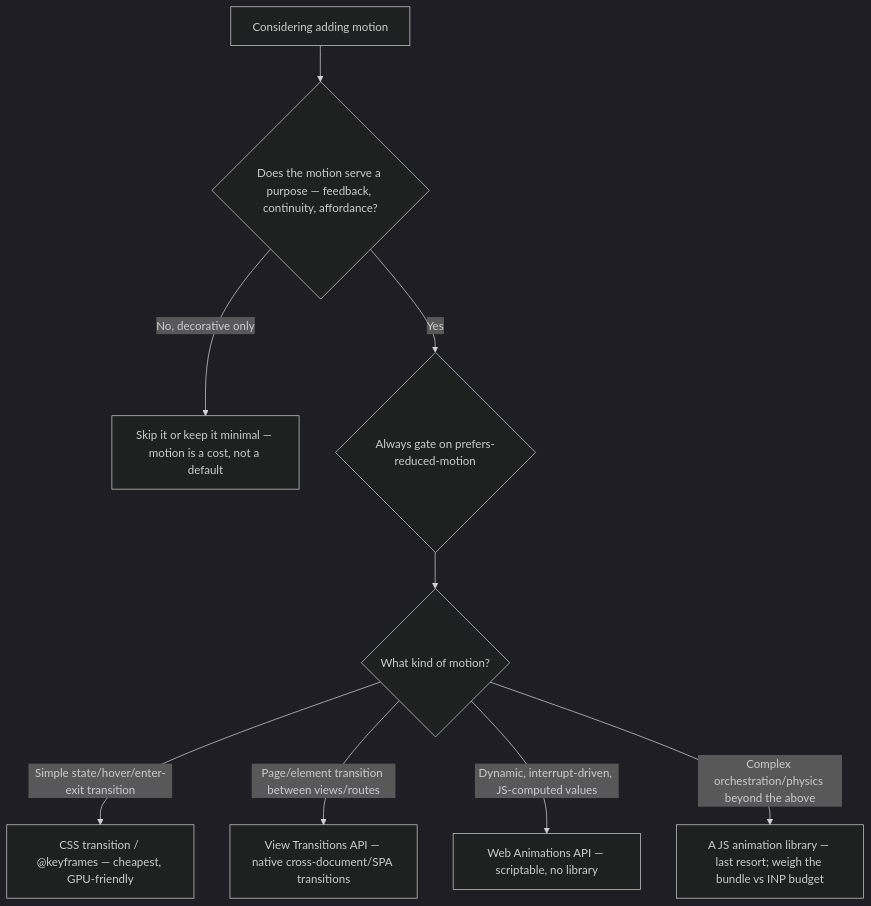
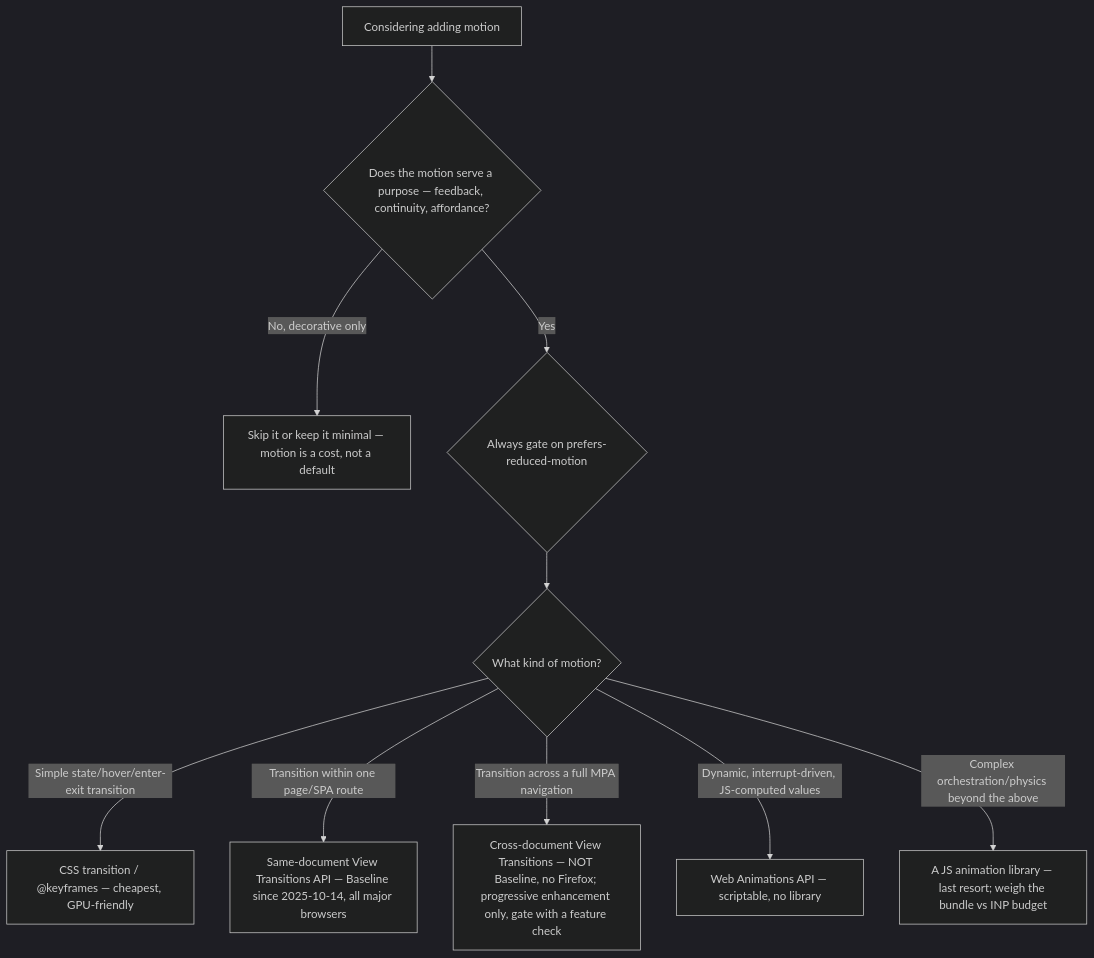
The tenth of 13 diagrams in plugins/web-design/knowledge/web-design-decision-trees.md (mcorbett51090/RavenClaude), drawn with Mermaid (dark theme) before and after one commit. The commit also changed other lines of this file and 22 other files, not shown here.

````diff
--- a/plugins/web-design/knowledge/web-design-decision-trees.md
+++ b/plugins/web-design/knowledge/web-design-decision-trees.md
@@ -343,11 +347,12 @@
 ```mermaid
 flowchart TD
     START[Considering adding motion] --> Q0{Does the motion serve a purpose — feedback, continuity, affordance?}
     Q0 -->|No, decorative only| MINIMAL[Skip it or keep it minimal — motion is a cost, not a default]
     Q0 -->|Yes| Q1{Always gate on prefers-reduced-motion}
     Q1 --> Q2{What kind of motion?}
     Q2 -->|Simple state/hover/enter-exit transition| CSS[CSS transition / @keyframes — cheapest, GPU-friendly]
-    Q2 -->|Page/element transition between views/routes| VT[View Transitions API — native cross-document/SPA transitions]
+    Q2 -->|Transition within one page/SPA route| VT_SAME[Same-document View Transitions API — Baseline since 2025-10-14, all major browsers]
+    Q2 -->|Transition across a full MPA navigation| VT_CROSS[Cross-document View Transitions — NOT Baseline, no Firefox; progressive enhancement only, gate with a feature check]
     Q2 -->|Dynamic, interrupt-driven, JS-computed values| WAAPI[Web Animations API — scriptable, no library]
     Q2 -->|Complex orchestration/physics beyond the above| LIB[A JS animation library — last resort; weigh the bundle vs INP budget]
 ```
````
